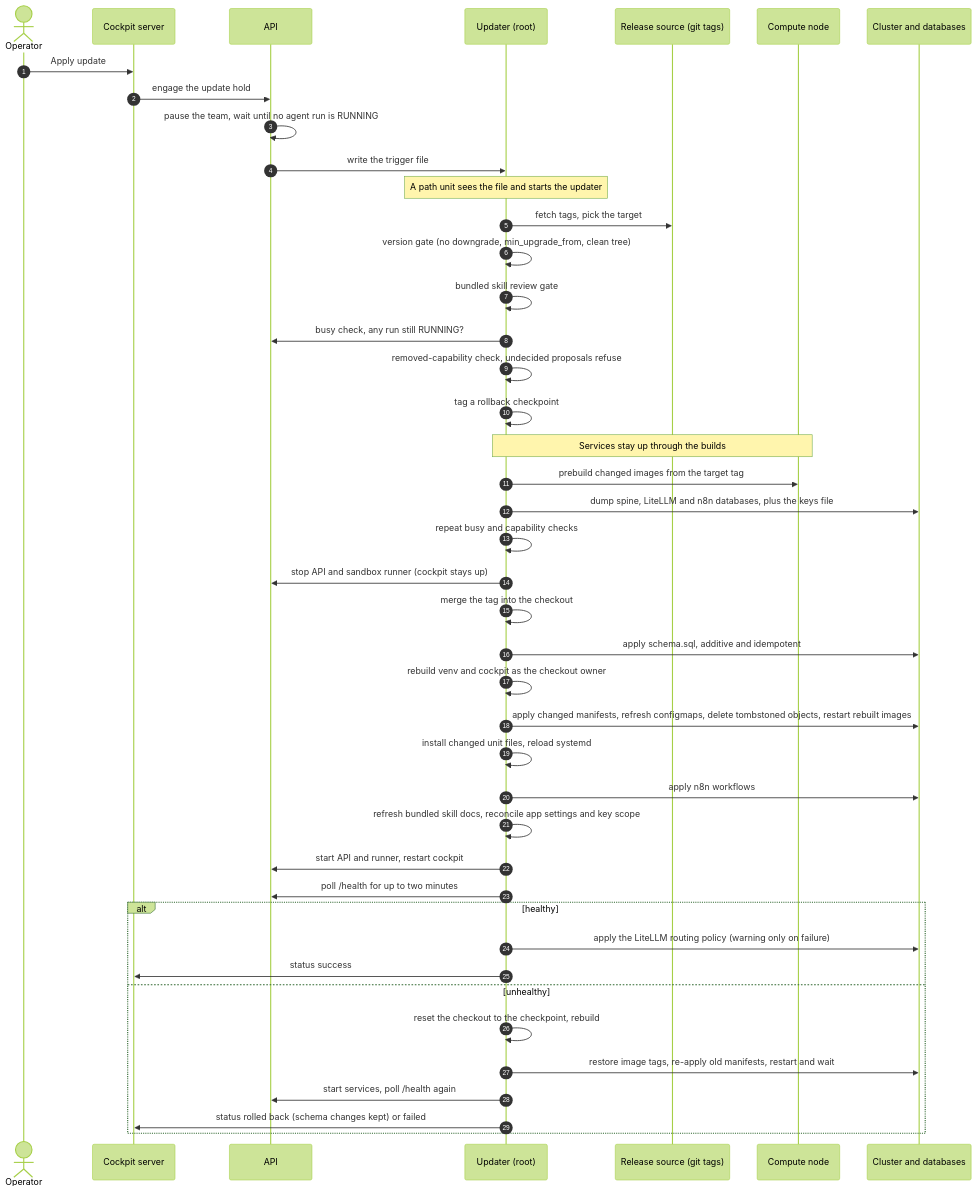
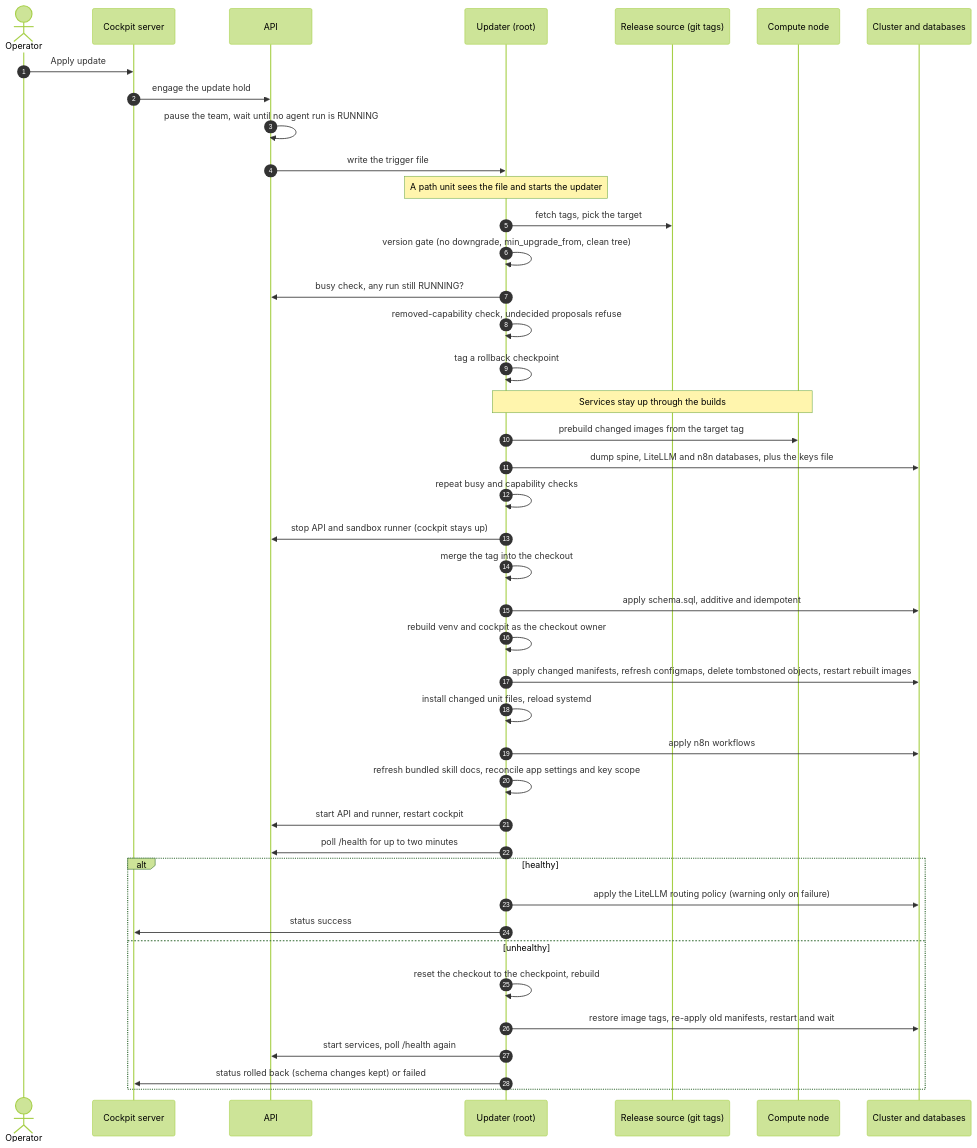
The third of 3 diagrams in docs/diagrams/deployment.md (codyandrson/central-command), drawn with Mermaid (forest theme) before and after one commit. The commit also changed other lines of this file and 45 other files, not shown here.

Commit message:
v2.127.0: bundled skill docs are compared after an update, not reviewed before it; nothing about them blocks an update (DL-232)

````diff
--- a/docs/diagrams/deployment.md
+++ b/docs/diagrams/deployment.md
@@ -151,50 +151,49 @@
 ```mermaid
 sequenceDiagram
     autonumber
     actor Op as Operator
     participant Cock as Cockpit server
     participant API as API
     participant Upd as Updater (root)
     participant Src as Release source (git tags)
     participant Cmp as Compute node
     participant K as Cluster and databases
 
     Op->>Cock: Apply update
     Cock->>API: engage the update hold
     API->>API: pause the team, wait until no agent run is RUNNING
     API->>Upd: write the trigger file
     Note over Upd: A path unit sees the file and starts the updater
 
     Upd->>Src: fetch tags, pick the target
     Upd->>Upd: version gate (no downgrade, min_upgrade_from, clean tree)
-    Upd->>Upd: bundled skill review gate
     Upd->>API: busy check, any run still RUNNING?
     Upd->>Upd: removed-capability check, undecided proposals refuse
     Upd->>Upd: tag a rollback checkpoint
 
     Note over Upd,Cmp: Services stay up through the builds
     Upd->>Cmp: prebuild changed images from the target tag
     Upd->>K: dump spine, LiteLLM and n8n databases, plus the keys file
     Upd->>Upd: repeat busy and capability checks
 
     Upd->>API: stop API and sandbox runner (cockpit stays up)
     Upd->>Upd: merge the tag into the checkout
     Upd->>K: apply schema.sql, additive and idempotent
     Upd->>Upd: rebuild venv and cockpit as the checkout owner
     Upd->>K: apply changed manifests, refresh configmaps, delete tombstoned objects, restart rebuilt images
     Upd->>Upd: install changed unit files, reload systemd
     Upd->>K: apply n8n workflows
     Upd->>Upd: refresh bundled skill docs, reconcile app settings and key scope
     Upd->>API: start API and runner, restart cockpit
     Upd->>API: poll /health for up to two minutes
 
     alt healthy
         Upd->>K: apply the LiteLLM routing policy (warning only on failure)
         Upd->>Cock: status success
     else unhealthy
         Upd->>Upd: reset the checkout to the checkpoint, rebuild
         Upd->>K: restore image tags, re-apply old manifests, restart and wait
         Upd->>API: start services, poll /health again
         Upd->>Cock: status rolled back (schema changes kept) or failed
     end
 ```
````
